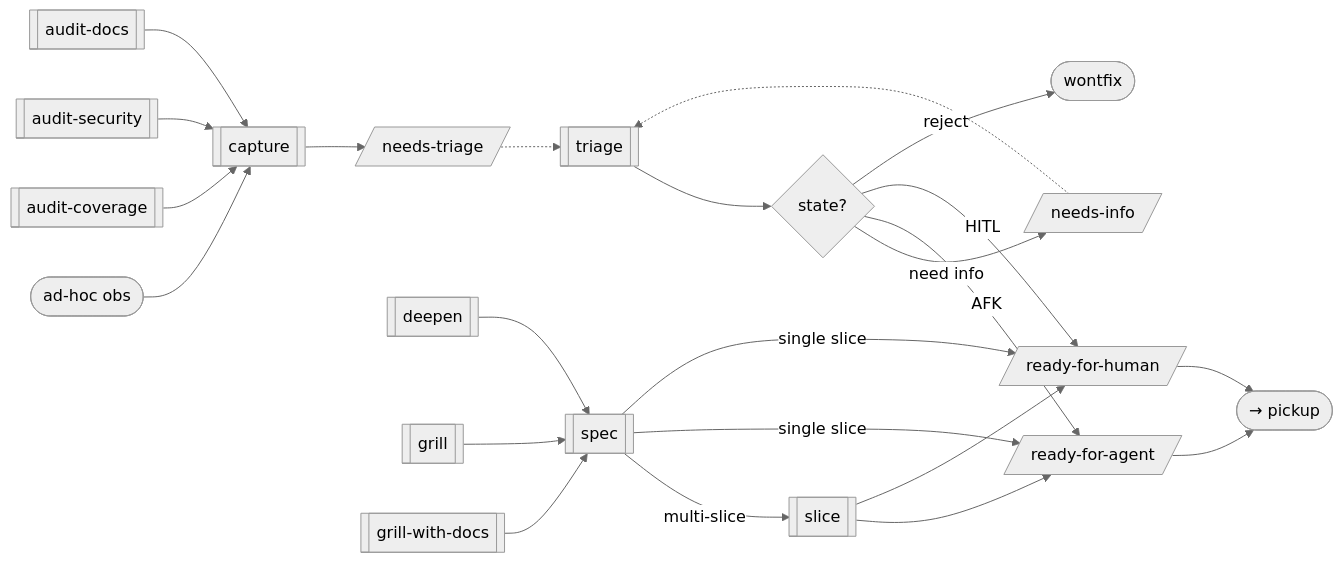
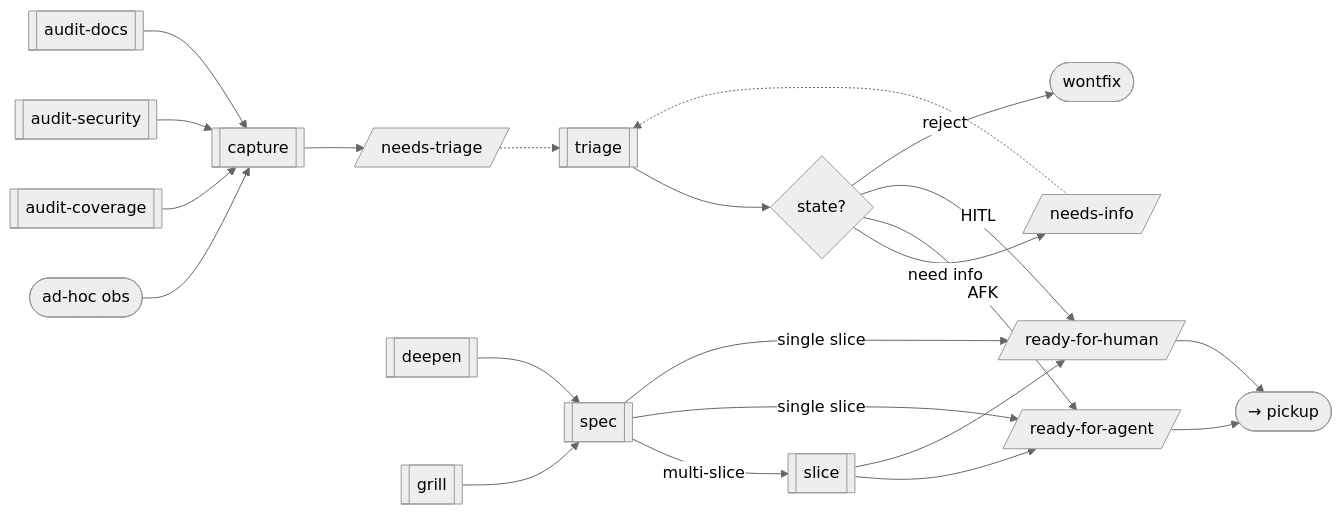
One commit to krixon/skills changed the first of 2 diagrams in skills/WORKFLOWS.md. Above: the diagram before and after it, drawn with Mermaid (neutral theme). The commit also changed other lines of this file and 8 other files, not shown here.

````diff
--- a/skills/WORKFLOWS.md
+++ b/skills/WORKFLOWS.md
@@ -11,27 +11,26 @@
 ```mermaid
 flowchart LR
     obs([ad-hoc obs]) --> capture[[capture]]
     auditcoverage[[audit-coverage]] --> capture
     auditsecurity[[audit-security]] --> capture
     auditdocs[[audit-docs]] --> capture
     capture --> nt[/needs-triage/]
     nt -.-> triage[[triage]]
     triage --> d{state?}
     d -->|need info| ni[/needs-info/]
     ni -.-> triage
     d -->|AFK| rfa[/ready-for-agent/]
     d -->|HITL| rfh[/ready-for-human/]
     d -->|reject| wf([wontfix])
 
     deepen[[deepen]] --> spec[[spec]]
     grill[[grill]] --> spec
-    gwd[[grill-with-docs]] --> spec
     spec -->|multi-slice| slice[[slice]]
     spec -->|single slice| rfa
     spec -->|single slice| rfh
     slice --> rfa
     slice --> rfh
 
     rfa --> pu([→ pickup])
     rfh --> pu
 ```
````
